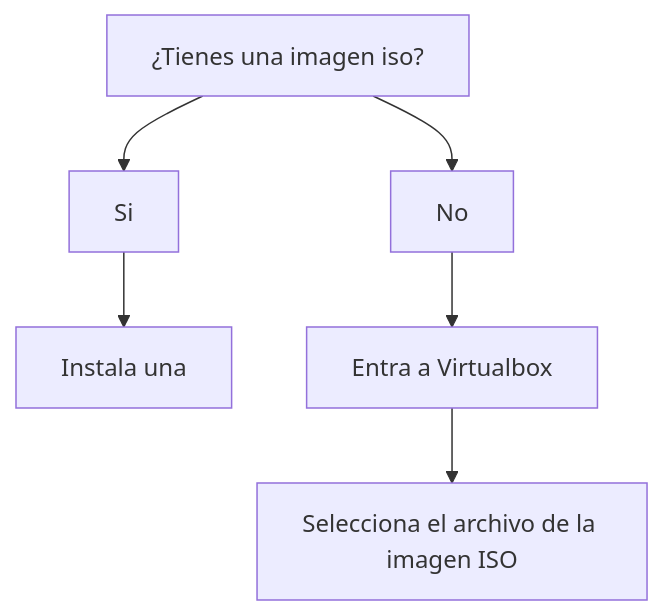
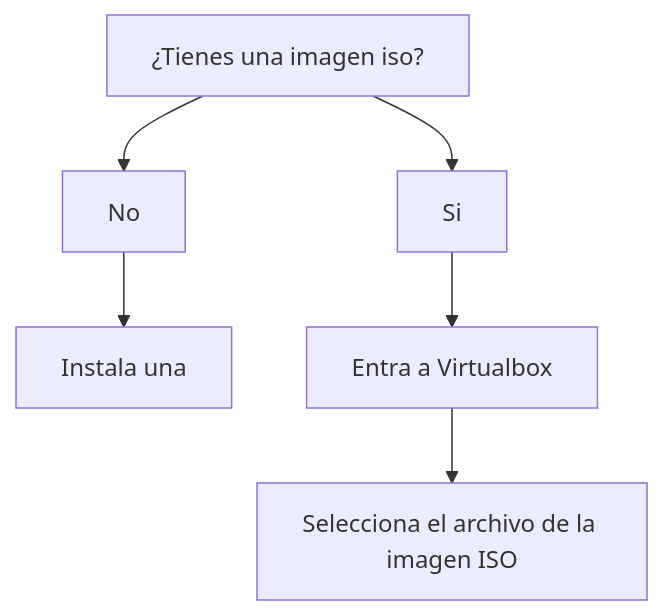
The diagram in Guía-digital-instalacion-windows-visual.md (jesmattri-cpu/Tarea-Windows-server-visual), drawn with Mermaid before and after one commit.

````diff
--- a/Guía-digital-instalacion-windows-visual.md
+++ b/Guía-digital-instalacion-windows-visual.md
@@ -1,8 +1,8 @@
 ```mermaid
 graph TD;
+    id1[¿Tienes una imagen iso?]-->id3[Si];
     id1[¿Tienes una imagen iso?]-->id2[No];
-    id1[¿Tienes una imagen iso?]-->id3[Si];
-    id2[Si]-->id4[Instala una];
-    id3[No]-->id5[Entra a Virtualbox];
+    id2[No]-->id4[Instala una];
+    id3[Si]-->id5[Entra a Virtualbox];
     id5-->id6[Selecciona el archivo de la imagen ISO];
 ```
````
